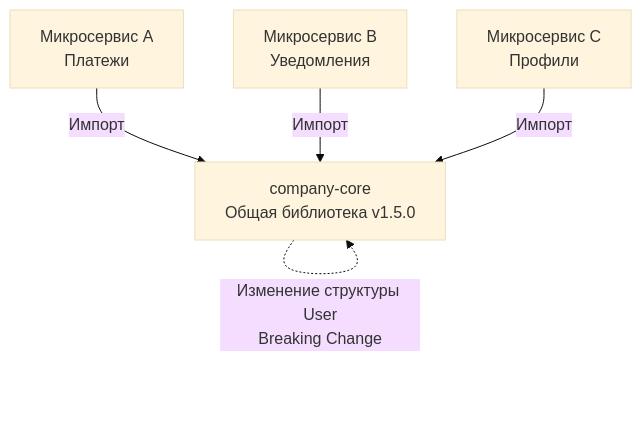
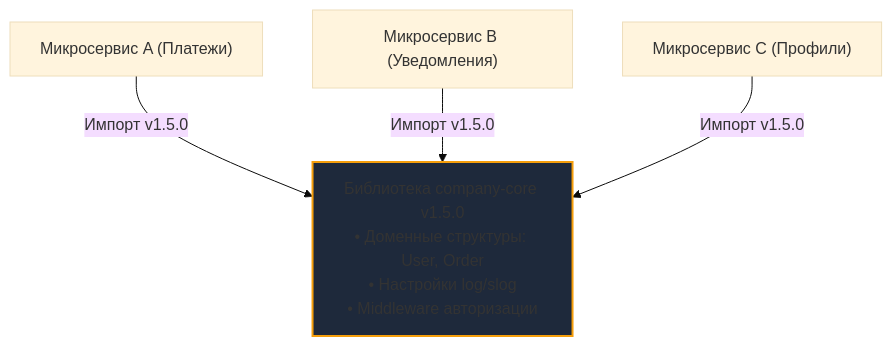
Before and after one commit to UnrealTemplier/go-textbook: the first of 4 diagrams in sources/14. Распределенные системы на Go/08. Практика/2. Shared libraries vs copy paste.md, drawn with Mermaid (base theme). The commit also changed other lines of this file, not shown here.

````diff
--- a/sources/14. Распределенные системы на Go/08. Практика/2. Shared libraries vs copy paste.md
+++ b/sources/14. Распределенные системы на Go/08. Практика/2. Shared libraries vs copy paste.md
@@ -23,10 +22,10 @@
 ```mermaid
 flowchart TD
-    Core["company-core<br>Общая библиотека v1.5.0"]
-    
-    ServiceA["Микросервис A<br>Платежи"] -->|"Импорт"| Core
-    ServiceB["Микросервис B<br>Уведомления"] -->|"Импорт"| Core
-    ServiceC["Микросервис C<br>Профили"] -->|"Импорт"| Core
-    
-    Core -.->|"Изменение структуры User<br>Breaking Change"| Core
+    Core["Библиотека company-core v1.5.0\n• Доменные структуры: User, Order\n• Настройки log/slog\n• Middleware авторизации"]
+
+    ServiceA["Микросервис A (Платежи)"] -->|"Импорт v1.5.0"| Core
+    ServiceB["Микросервис B (Уведомления)"] -->|"Импорт v1.5.0"| Core
+    ServiceC["Микросервис C (Профили)"] -->|"Импорт v1.5.0"| Core
+
+    style Core fill:#1e293b,stroke:#f59e0b,stroke-width:2px
 ```
````
